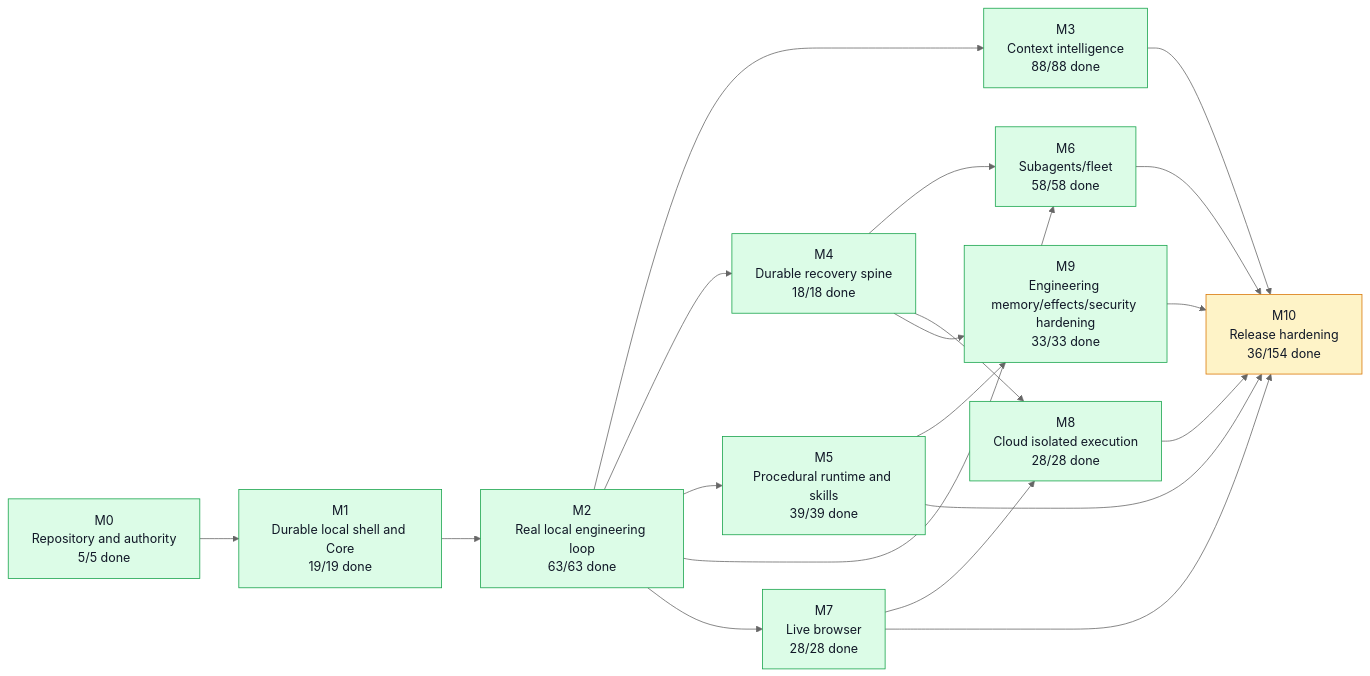
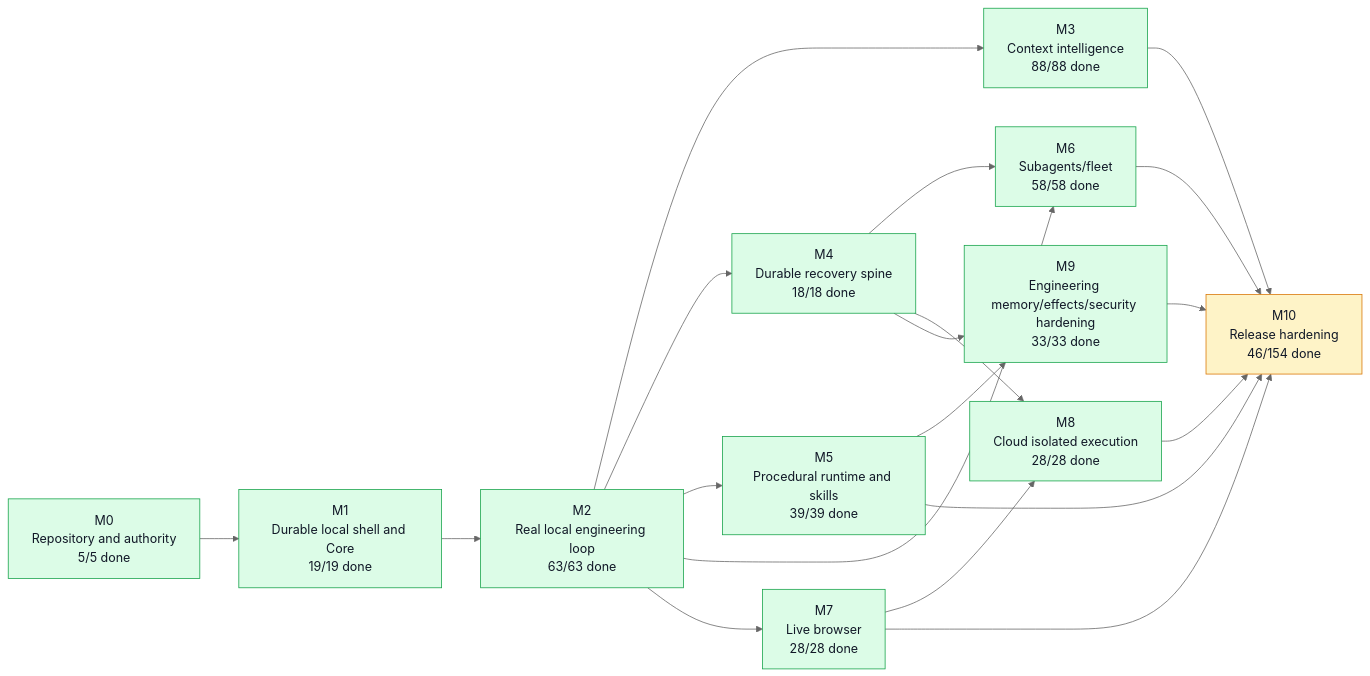
The first of 5 diagrams in graph/PROJECT_GRAPH.md (moss101/modbit), drawn with Mermaid (neutral theme) before and after one commit. The commit also changed other lines of this file and 23 other files, not shown here.

````diff
--- a/graph/PROJECT_GRAPH.md
+++ b/graph/PROJECT_GRAPH.md
@@ -57,43 +57,43 @@
 ```mermaid
 flowchart LR
   M0["M0<br/>Repository and authority<br/>5/5 done"]
   M1["M1<br/>Durable local shell and Core<br/>19/19 done"]
   M2["M2<br/>Real local engineering loop<br/>63/63 done"]
   M3["M3<br/>Context intelligence<br/>88/88 done"]
   M4["M4<br/>Durable recovery spine<br/>18/18 done"]
   M5["M5<br/>Procedural runtime and skills<br/>39/39 done"]
   M6["M6<br/>Subagents/fleet<br/>58/58 done"]
   M7["M7<br/>Live browser<br/>28/28 done"]
   M8["M8<br/>Cloud isolated execution<br/>28/28 done"]
   M9["M9<br/>Engineering memory/effects/security hardening<br/>33/33 done"]
-  M10["M10<br/>Release hardening<br/>36/154 done"]
+  M10["M10<br/>Release hardening<br/>46/154 done"]
   M0 --> M1
   M1 --> M2
   M2 --> M3
   M2 --> M4
   M2 --> M5
   M2 --> M6
   M4 --> M6
   M2 --> M7
   M4 --> M8
   M7 --> M8
   M4 --> M9
   M5 --> M9
   M3 --> M10
   M5 --> M10
   M6 --> M10
   M7 --> M10
   M8 --> M10
   M9 --> M10
   style M0 fill:#dcfce7,stroke:#16a34a,color:#111827
   style M1 fill:#dcfce7,stroke:#16a34a,color:#111827
   style M2 fill:#dcfce7,stroke:#16a34a,color:#111827
   style M3 fill:#dcfce7,stroke:#16a34a,color:#111827
   style M4 fill:#dcfce7,stroke:#16a34a,color:#111827
   style M5 fill:#dcfce7,stroke:#16a34a,color:#111827
   style M6 fill:#dcfce7,stroke:#16a34a,color:#111827
   style M7 fill:#dcfce7,stroke:#16a34a,color:#111827
   style M8 fill:#dcfce7,stroke:#16a34a,color:#111827
   style M9 fill:#dcfce7,stroke:#16a34a,color:#111827
   style M10 fill:#fef3c7,stroke:#d97706,color:#111827
 ```
````
